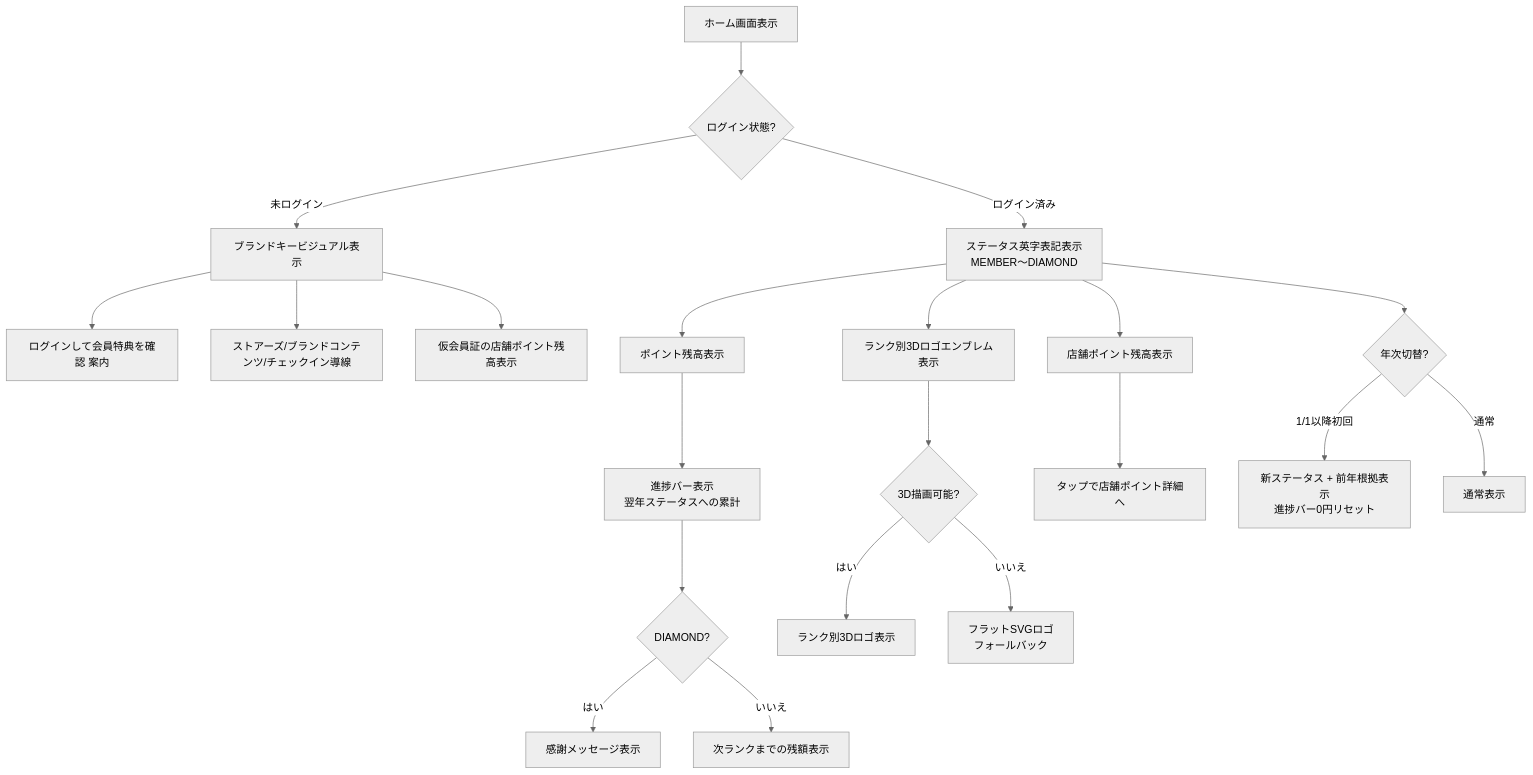
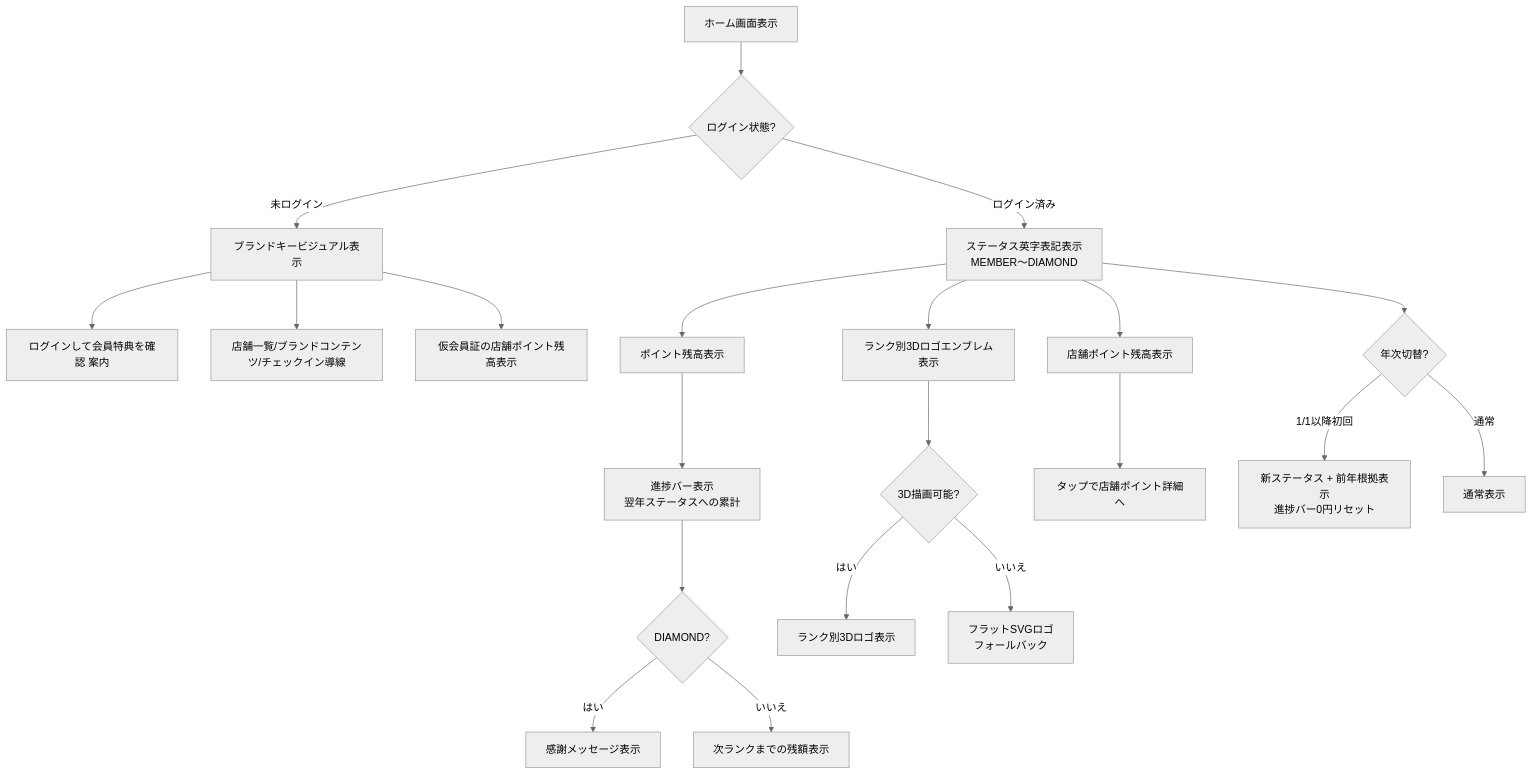
One commit to YukaHasebe/bi-su-app changed the third of 14 diagrams in docs/03_ユーザーストーリー.md. Above: the diagram before and after it, drawn with Mermaid (neutral theme). The commit also changed other lines of this file and 7 other files, not shown here.

First line of the commit message:
docs: ストアーズ→店舗一覧 全置換・マップビューをGoogle Maps化・素材仕様追加

````diff
--- a/docs/03_ユーザーストーリー.md
+++ b/docs/03_ユーザーストーリー.md
@@ -245,23 +245,23 @@
 ```mermaid
 flowchart TD
     A[ホーム画面表示] --> B{ログイン状態?}
     B -- 未ログイン --> C[ブランドキービジュアル表示]
     C --> D[ログインして会員特典を確認 案内]
-    C --> E[ストアーズ/ブランドコンテンツ/チェックイン導線]
+    C --> E[店舗一覧/ブランドコンテンツ/チェックイン導線]
     C --> F[仮会員証の店舗ポイント残高表示]
     B -- ログイン済み --> G[ステータス英字表記表示<br/>MEMBER〜DIAMOND]
     G --> H[ポイント残高表示]
     G --> I[ランク別3Dロゴエンブレム表示]
     G --> J[店舗ポイント残高表示]
     H --> K[進捗バー表示<br/>翌年ステータスへの累計]
     K --> L{DIAMOND?}
     L -- はい --> M[感謝メッセージ表示]
     L -- いいえ --> N[次ランクまでの残額表示]
     I --> O{3D描画可能?}
     O -- はい --> P[ランク別3Dロゴ表示]
     O -- いいえ --> Q[フラットSVGロゴ<br/>フォールバック]
     J --> R[タップで店舗ポイント詳細へ]
     G --> S{年次切替?}
     S -- 1/1以降初回 --> T[新ステータス + 前年根拠表示<br/>進捗バー0円リセット]
     S -- 通常 --> U[通常表示]
 ```
````
